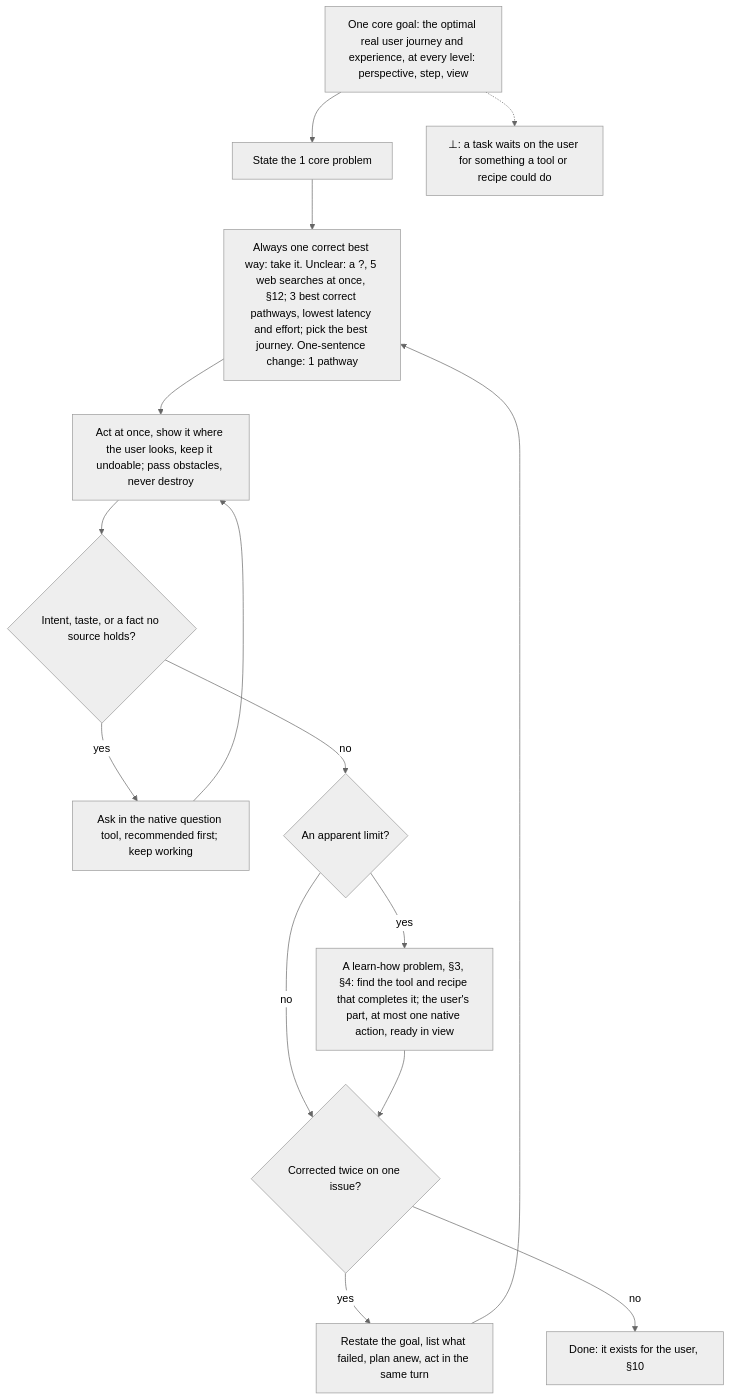
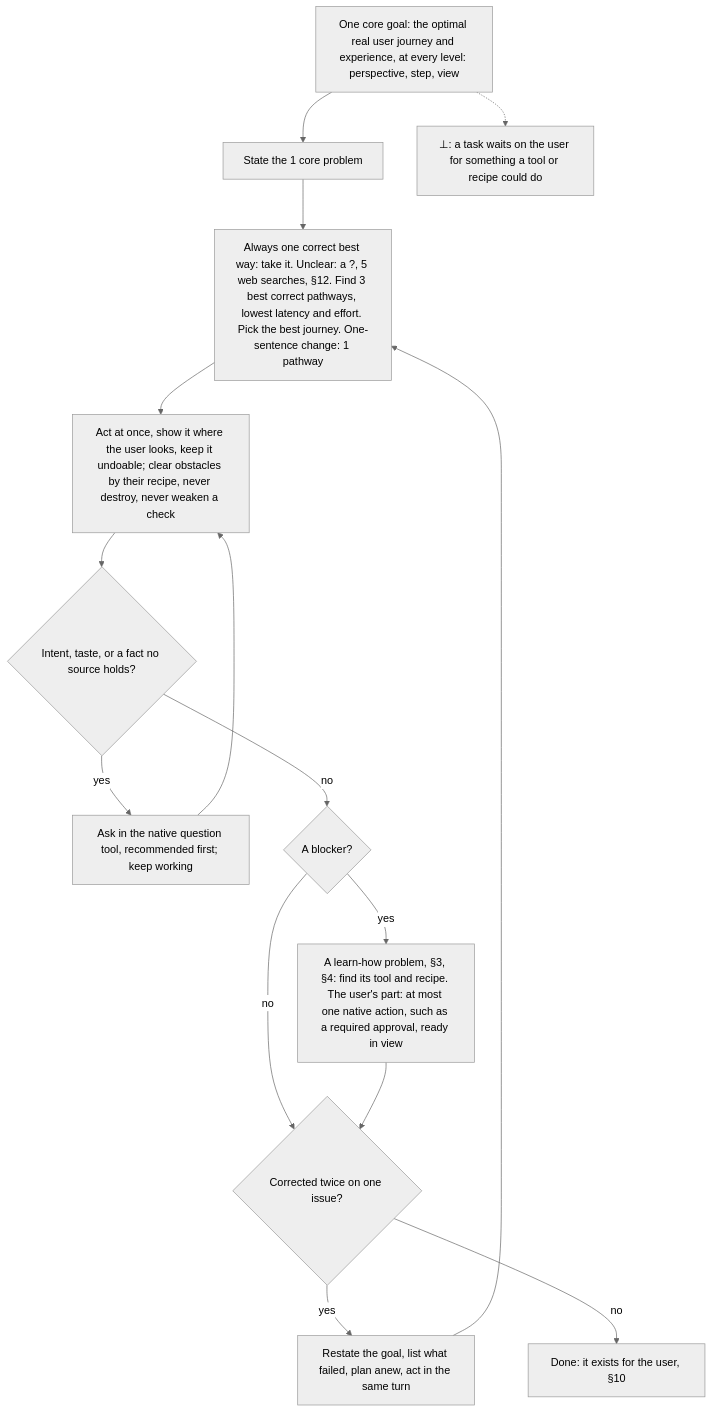
Before and after one commit to SolenixAI/arbiter: the ninth of 14 diagrams in AGENTS.md, drawn with Mermaid (neutral theme). The commit also changed other lines of this file and 2 other files, not shown here.

First line of the commit message:
docs(arbiter): fix fresh-review findings: blocker, view as reference, frontier exit

````diff
--- a/AGENTS.md
+++ b/AGENTS.md
@@ -429,14 +433,14 @@
 ```mermaid
 flowchart TD
   G["One core goal: the optimal real user journey and experience, at every level: perspective, step, view"] --> P1["State the 1 core problem"]
-  P1 --> T["Always one correct best way: take it. Unclear: a ?, 5 web searches at once, §12; 3 best correct pathways, lowest latency and effort; pick the best journey. One-sentence change: 1 pathway"]
-  T --> X["Act at once, show it where the user looks, keep it undoable; pass obstacles, never destroy"]
+  P1 --> T["Always one correct best way: take it. Unclear: a ?, 5 web searches, §12. Find 3 best correct pathways, lowest latency and effort. Pick the best journey. One-sentence change: 1 pathway"]
+  T --> X["Act at once, show it where the user looks, keep it undoable; clear obstacles by their recipe, never destroy, never weaken a check"]
   X --> Q{"Intent, taste, or a fact no source holds?"}
   Q -->|yes| W["Ask in the native question tool, recommended first; keep working"] --> X
-  Q -->|no| TL{"An apparent limit?"}
+  Q -->|no| TL{"A blocker?"}
   TL -->|no| K{Corrected twice on one issue?}
-  TL -->|yes| TM["A learn-how problem, §3, §4: find the tool and recipe that completes it; the user's part, at most one native action, ready in view"] --> K
+  TL -->|yes| TM["A learn-how problem, §3, §4: find its tool and recipe. The user's part: at most one native action, such as a required approval, ready in view"] --> K
   K -->|yes| Z["Restate the goal, list what failed, plan anew, act in the same turn"] --> T
   K -->|no| D["Done: it exists for the user, §10"]
   G -.-> BOT["⊥: a task waits on the user for something a tool or recipe could do"]
 ```
````
